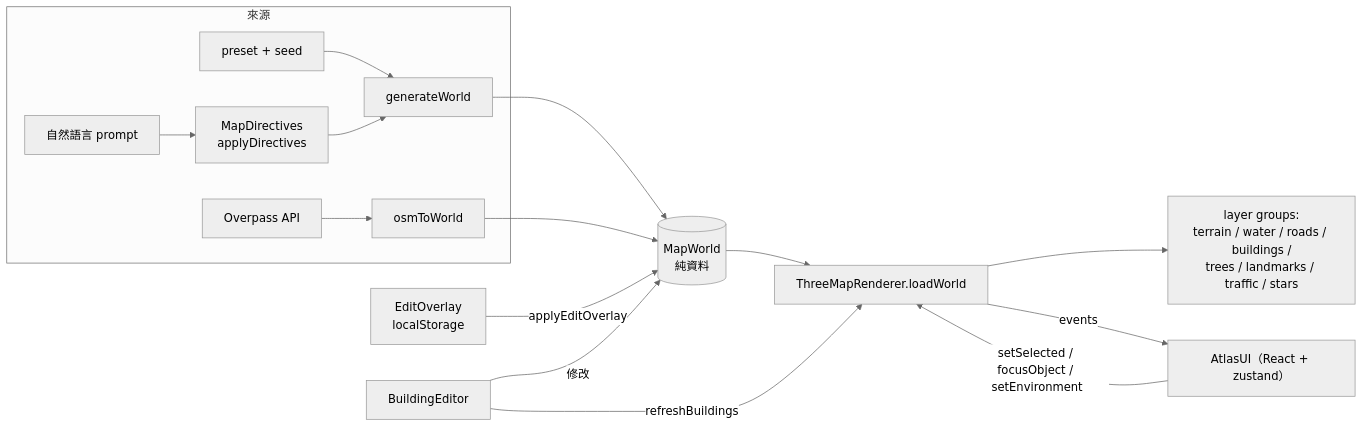
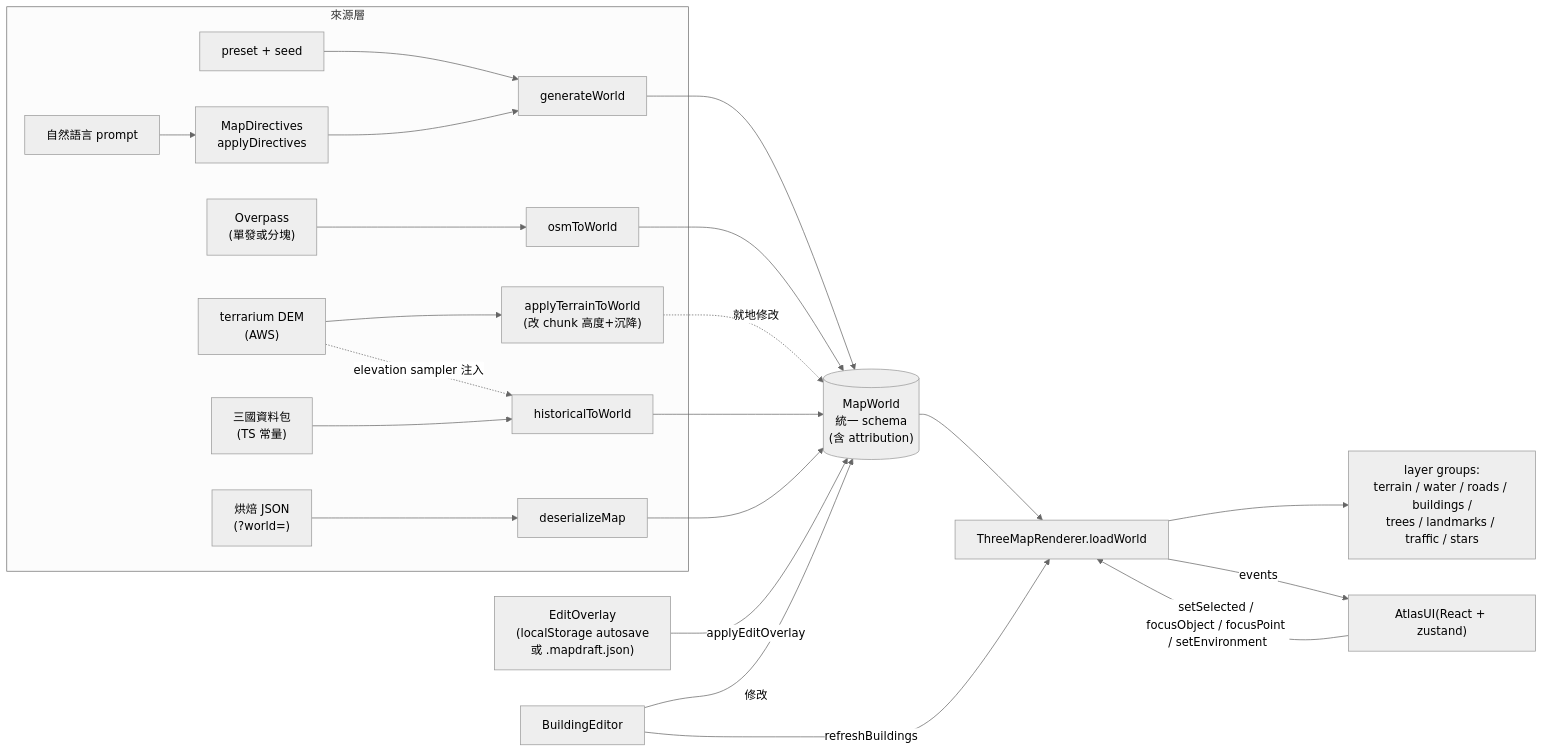
Before and after one commit to gordonlinghk/3d-map-engine: the second of 2 diagrams in 3d-map-engine-development-guide.md, drawn with Mermaid (neutral theme). The commit also changed other lines of this file, not shown here.

````diff
--- a/3d-map-engine-development-guide.md
+++ b/3d-map-engine-development-guide.md
@@ -185,17 +203,24 @@
 ```mermaid
 flowchart LR
-  subgraph 來源
+  subgraph 來源層
     P["preset + seed"] --> G["generateWorld"]
     NL["自然語言 prompt"] --> D["MapDirectives<br/>applyDirectives"] --> G
-    OSM["Overpass API"] --> C["osmToWorld"]
+    OSM["Overpass<br/>(單發或分塊)"] --> C["osmToWorld"]
+    DEM["terrarium DEM<br/>(AWS)"] --> T["applyTerrainToWorld<br/>(改 chunk 高度+沉降)"]
+    HD["三國資料包<br/>(TS 常量)"] --> H["historicalToWorld"]
+    BW["烘焙 JSON<br/>(?world=)"] --> DS["deserializeMap"]
   end
-  G --> W[("MapWorld<br/>純資料")]
+  G --> W[("MapWorld<br/>統一 schema<br/>(含 attribution)")]
   C --> W
-  OV["EditOverlay<br/>localStorage"] -- "applyEditOverlay" --> W
+  H --> W
+  DS --> W
+  T -. "就地修改" .-> W
+  DEM -. "elevation sampler 注入" .-> H
+  OV["EditOverlay<br/>(localStorage autosave<br/>或 .mapdraft.json)"] -- "applyEditOverlay" --> W
   W --> R["ThreeMapRenderer.loadWorld"]
   R --> L["layer groups:<br/>terrain / water / roads / buildings /<br/>trees / landmarks / traffic / stars"]
-  R -- "events" --> UI["AtlasUI（React + zustand）"]
-  UI -- "setSelected / focusObject / setEnvironment" --> R
+  R -- "events" --> UI["AtlasUI(React + zustand)"]
+  UI -- "setSelected / focusObject / focusPoint / setEnvironment" --> R
   ED["BuildingEditor"] -- "修改" --> W
   ED -- "refreshBuildings" --> R
 ```
````
